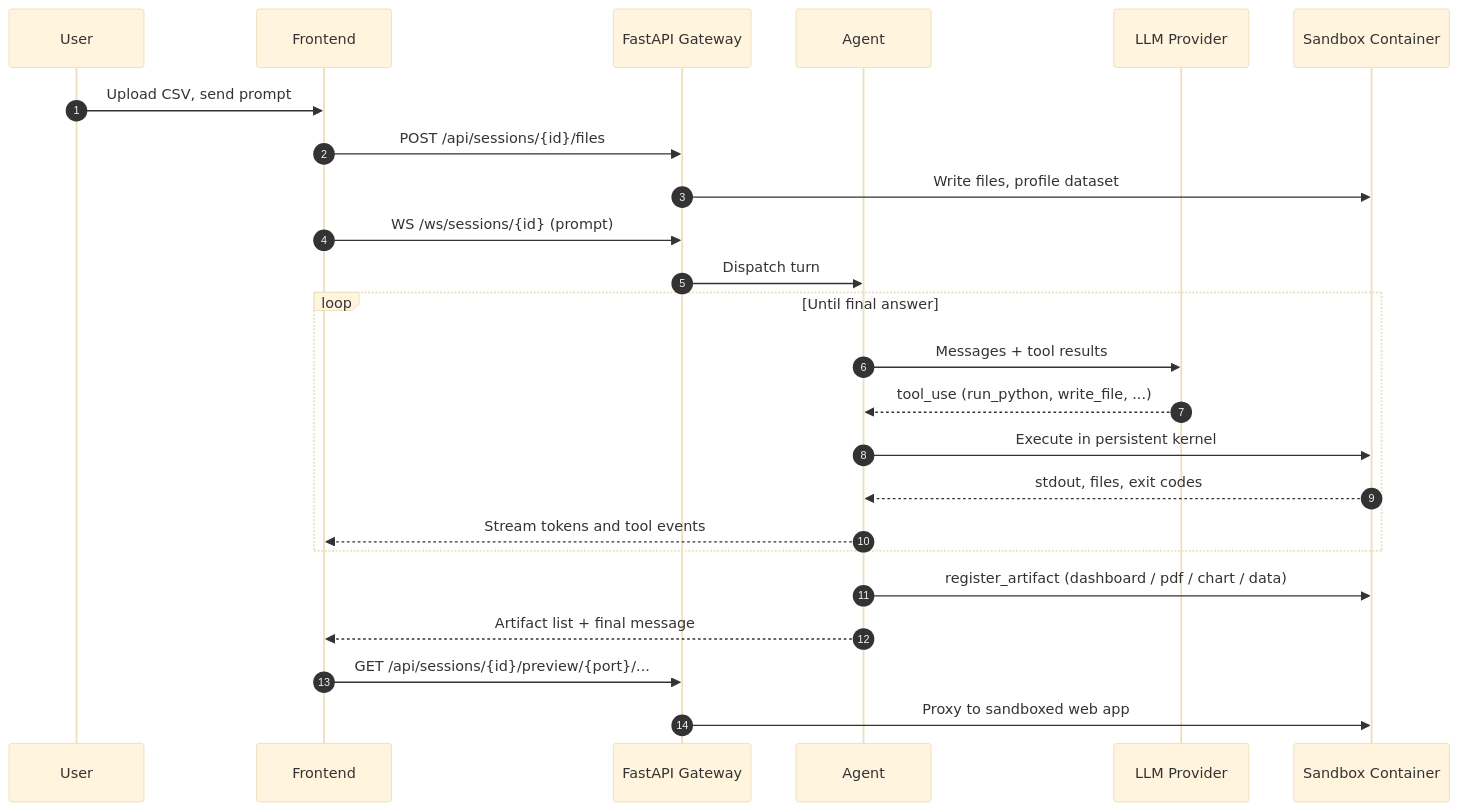
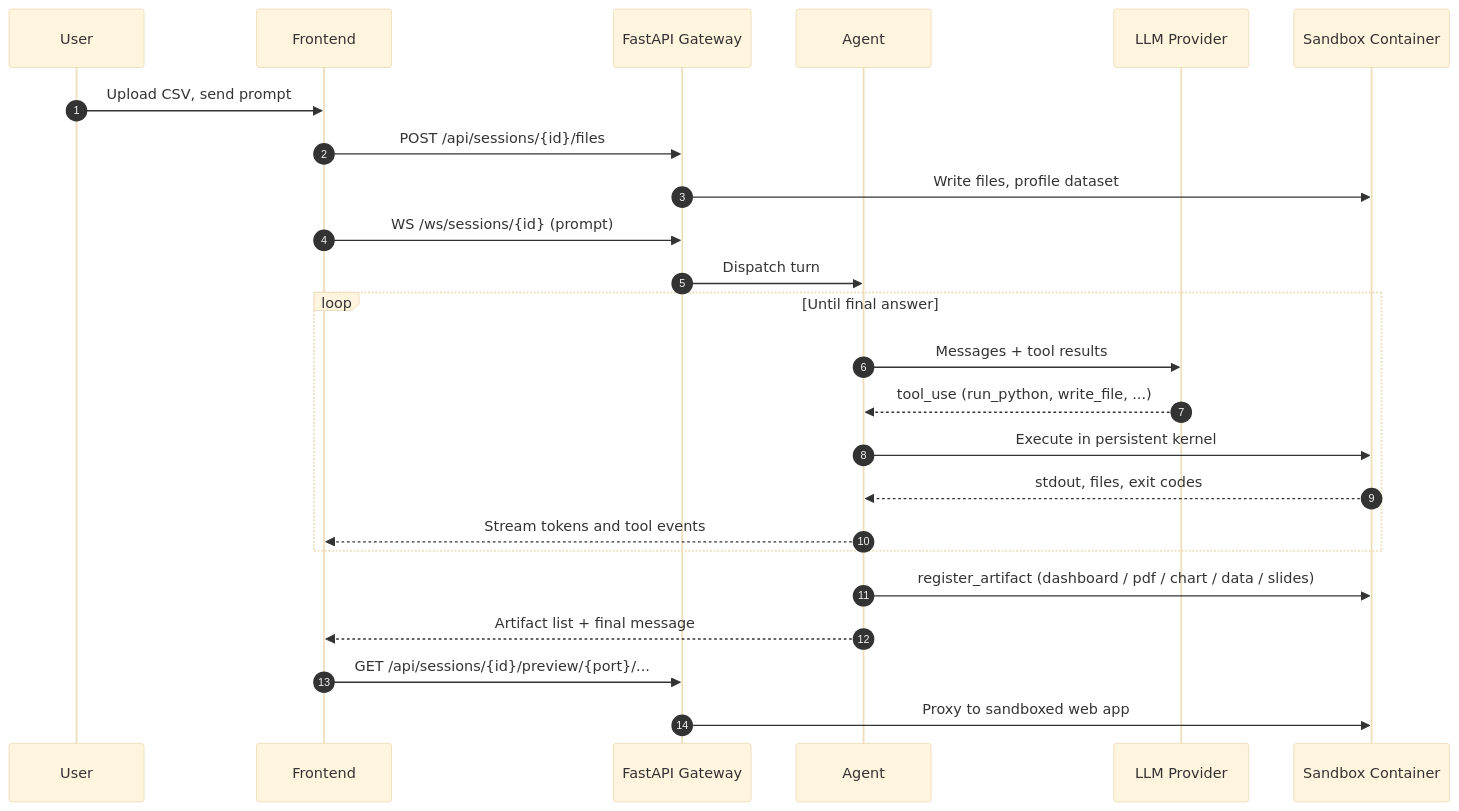
Before and after one commit to buenr/dataCopilot: the second of 2 diagrams in README.md, drawn with Mermaid (base theme). The commit also changed other lines of this file and 16 other files, not shown here.

````diff
--- a/README.md
+++ b/README.md
@@ -67,27 +73,27 @@
 ```mermaid
 sequenceDiagram
     autonumber
     participant U as User
     participant F as Frontend
     participant G as FastAPI Gateway
     participant A as Agent
     participant L as LLM Provider
     participant S as Sandbox Container
 
     U->>F: Upload CSV, send prompt
     F->>G: POST /api/sessions/{id}/files
     G->>S: Write files, profile dataset
     F->>G: WS /ws/sessions/{id} (prompt)
     G->>A: Dispatch turn
     loop Until final answer
         A->>L: Messages + tool results
         L-->>A: tool_use (run_python, write_file, ...)
         A->>S: Execute in persistent kernel
         S-->>A: stdout, files, exit codes
         A-->>F: Stream tokens and tool events
     end
-    A->>S: register_artifact (dashboard / pdf / chart / data)
+    A->>S: register_artifact (dashboard / pdf / chart / data / slides)
     A-->>F: Artifact list + final message
     F->>G: GET /api/sessions/{id}/preview/{port}/...
     G->>S: Proxy to sandboxed web app
 ```
````
